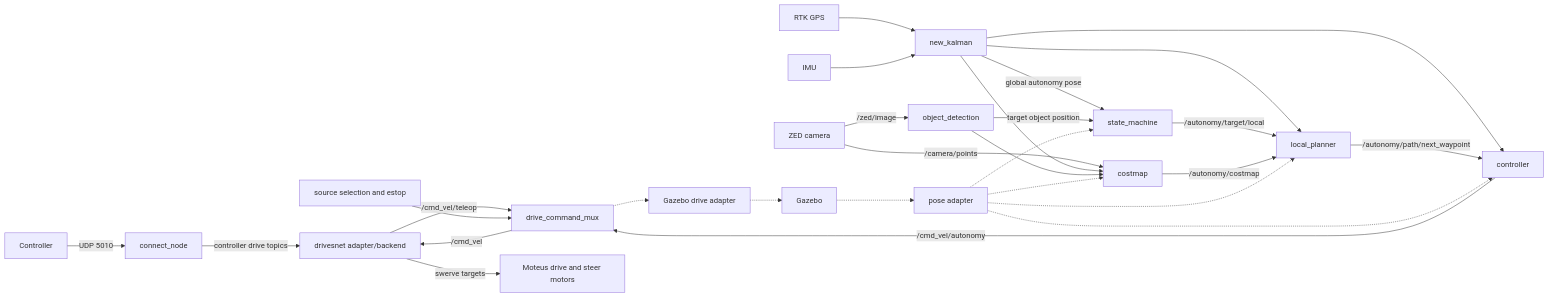
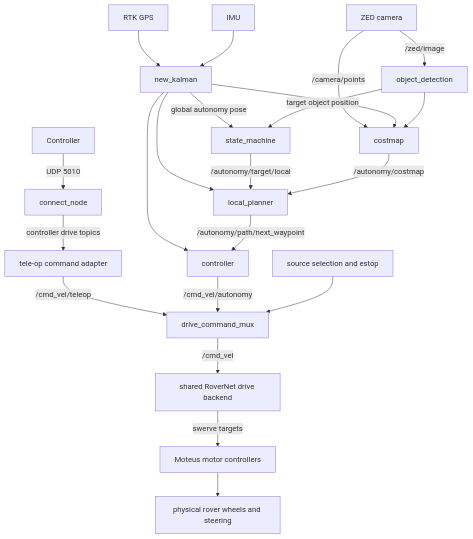
One commit to CornellMarsRover/terra2 changed the diagram in docs/ros-structure.md. Above: the diagram before and after it, drawn with Mermaid. The commit also changed other lines of this file, not shown here.

Commit message:
Clarify vertical ROS control flow

````diff
--- a/docs/ros-structure.md
+++ b/docs/ros-structure.md
@@ -6,30 +6,24 @@
 ```mermaid
-flowchart LR
+flowchart TD
   PAD["Controller"] -->|"UDP 5010"| RX["connect_node"]
-  RX -->|"controller drive topics"| DRIVE["drivesnet adapter/backend"]
-  DRIVE -->|"/cmd_vel/teleop"| MUX["drive_command_mux"]
+  RX -->|"controller drive topics"| TELEOP["tele-op command adapter"]
+  TELEOP -->|"/cmd_vel/teleop"| MUX["drive_command_mux"]
   GPS["RTK GPS"] --> LOC["new_kalman"]
   IMU["IMU"] --> LOC
   ZED["ZED camera"] -->|"/camera/points"| CM["costmap"]
   ZED -->|"/zed/image"| OD["object_detection"]
   LOC -->|"global autonomy pose"| SM["state_machine"]
   LOC --> CM
   LOC --> LP["local_planner"]
   LOC --> CTRL["controller"]
   SM -->|"/autonomy/target/local"| LP
   OD -->|"target object position"| SM
   OD --> CM
   CM -->|"/autonomy/costmap"| LP
   LP -->|"/autonomy/path/next_waypoint"| CTRL
   CTRL -->|"/cmd_vel/autonomy"| MUX
   SAFE["source selection and estop"] --> MUX
-  MUX -->|"/cmd_vel"| DRIVE
-  DRIVE -->|"swerve targets"| MOT["Moteus drive and steer motors"]
-  GZ["Gazebo"] -.-> POSE["pose adapter"]
-  POSE -.-> SM
-  POSE -.-> CM
-  POSE -.-> LP
-  POSE -.-> CTRL
-  MUX -.-> GB["Gazebo drive adapter"]
-  GB -.-> GZ
+  MUX -->|"/cmd_vel"| BACKEND["shared RoverNet drive backend"]
+  BACKEND -->|"swerve targets"| MOT["Moteus motor controllers"]
+  MOT --> ROBOT["physical rover wheels and steering"]
 ```
````
